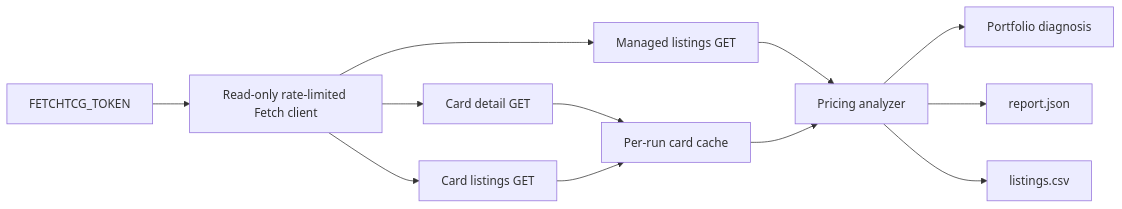
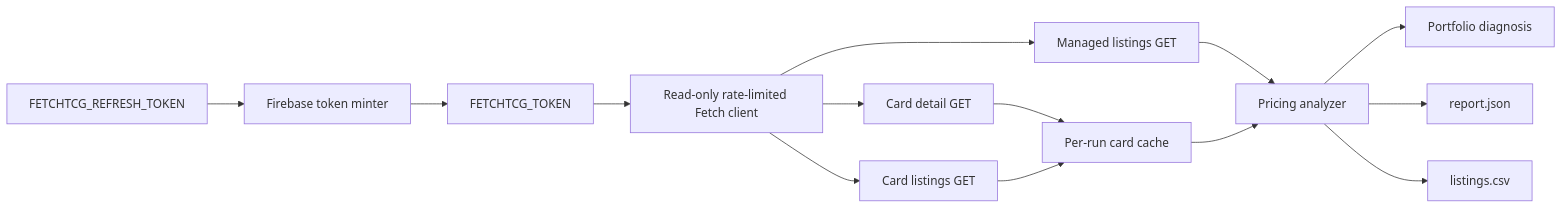
The first of 2 diagrams in tcg_lister_api/scripts/pricing/README.md (jordansimsmith/jordansimsmith-com), drawn with Mermaid before and after one commit. The commit also changed other lines of this file and 7 other files, not shown here.

First line of the commit message:
Add on-demand Fetch token minting

````diff
--- a/tcg_lister_api/scripts/pricing/README.md
+++ b/tcg_lister_api/scripts/pricing/README.md
@@ -75,14 +75,16 @@
 ```mermaid
 flowchart LR
-  AuthEnv[FETCHTCG_TOKEN] --> FetchClient[Read-only rate-limited Fetch client]
+  RefreshEnv[FETCHTCG_REFRESH_TOKEN] --> TokenMinter[Firebase token minter]
+  TokenMinter --> AuthEnv[FETCHTCG_TOKEN]
+  AuthEnv --> FetchClient[Read-only rate-limited Fetch client]
   FetchClient --> ManagedApi[Managed listings GET]
   FetchClient --> CardApi[Card detail GET]
   FetchClient --> CompetitionApi[Card listings GET]
   ManagedApi --> Analyzer[Pricing analyzer]
   CardApi --> RunCache[Per-run card cache]
   CompetitionApi --> RunCache
   RunCache --> Analyzer
   Analyzer --> Console[Portfolio diagnosis]
   Analyzer --> JsonReport[report.json]
   Analyzer --> CsvReport[listings.csv]
 ```
````
